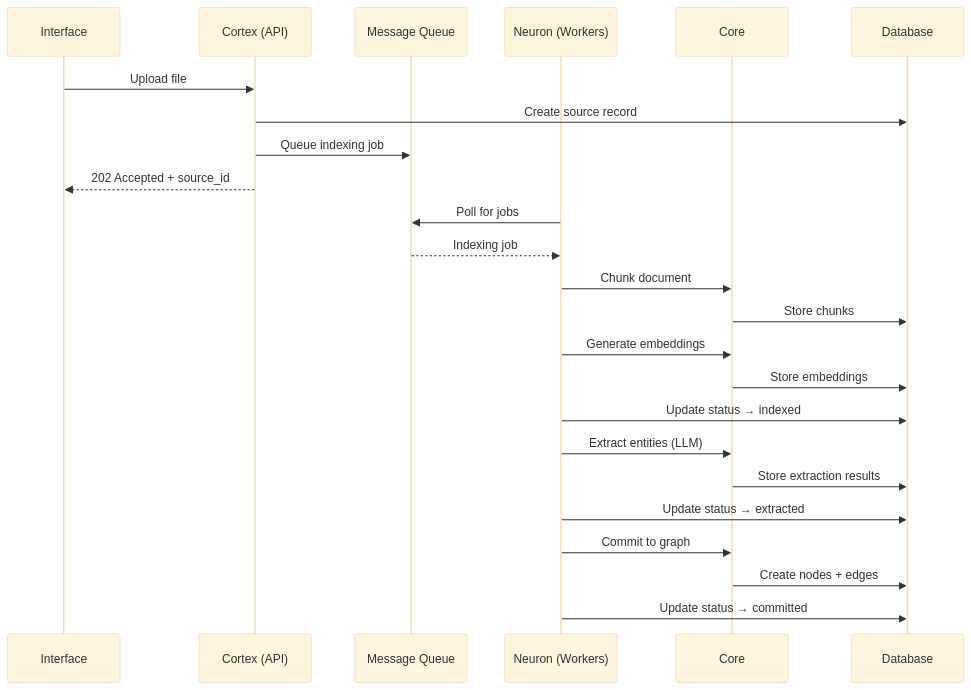
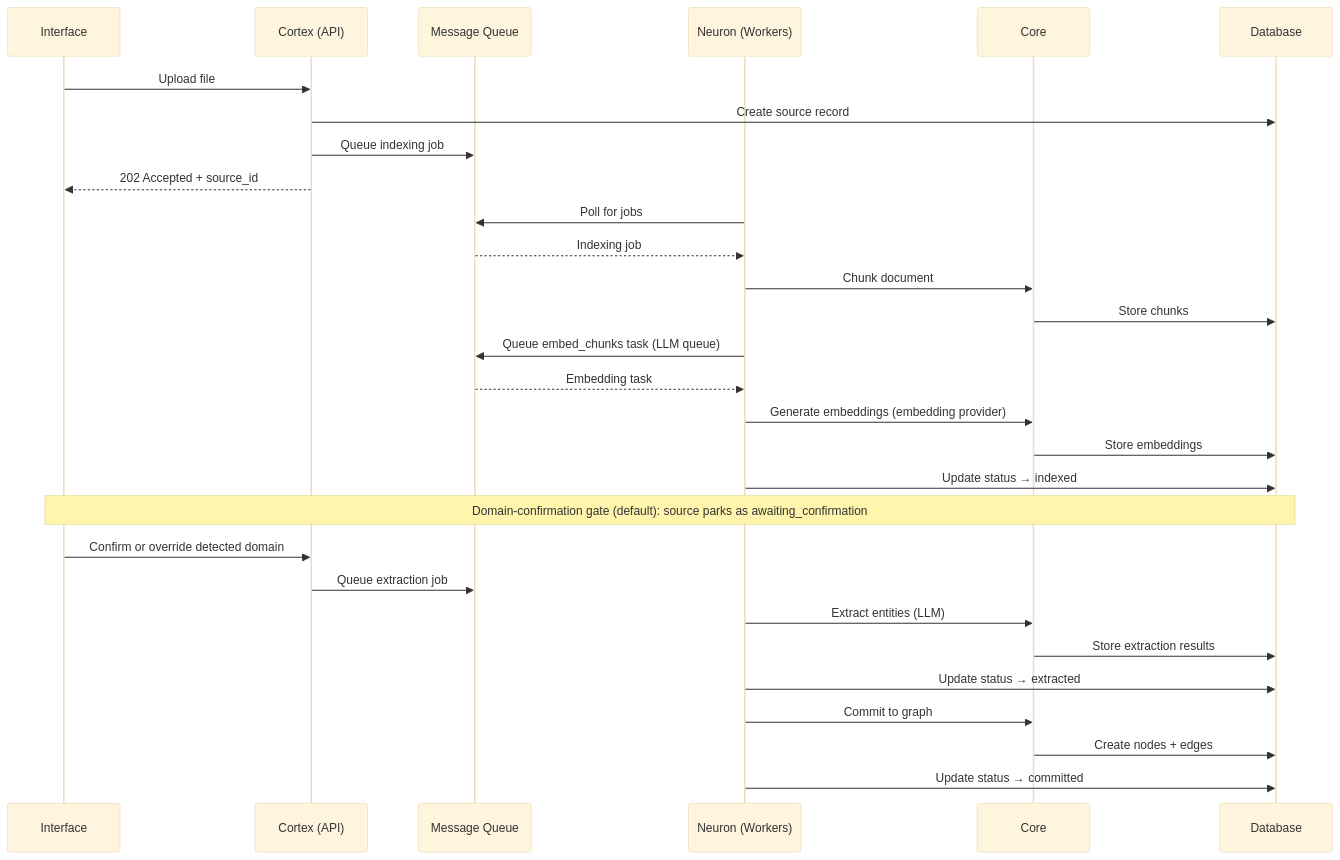
The second of 5 diagrams in packages/docs/docs/architecture/data-flow.md (chaoscypherinc/chaoscypher), drawn with Mermaid (base theme) before and after one commit. The commit also changed other lines of this file and 395 other files, not shown here.

````diff
--- a/packages/docs/docs/architecture/data-flow.md
+++ b/packages/docs/docs/architecture/data-flow.md
@@ -43,30 +43,36 @@
 ```mermaid
 sequenceDiagram
     participant UI as Interface
     participant API as Cortex (API)
     participant Q as Message Queue
     participant W as Neuron (Workers)
     participant CORE as Core
     participant DB as Database
 
     UI->>API: Upload file
     API->>DB: Create source record
     API->>Q: Queue indexing job
     API-->>UI: 202 Accepted + source_id
 
     W->>Q: Poll for jobs
     Q-->>W: Indexing job
     W->>CORE: Chunk document
     CORE->>DB: Store chunks
-    W->>CORE: Generate embeddings
+    W->>Q: Queue embed_chunks task (LLM queue)
+    Q-->>W: Embedding task
+    W->>CORE: Generate embeddings (embedding provider)
     CORE->>DB: Store embeddings
     W->>DB: Update status → indexed
+
+    Note over UI,DB: Domain-confirmation gate (default): source parks as awaiting_confirmation
+    UI->>API: Confirm or override detected domain
+    API->>Q: Queue extraction job
 
     W->>CORE: Extract entities (LLM)
     CORE->>DB: Store extraction results
     W->>DB: Update status → extracted
 
     W->>CORE: Commit to graph
     CORE->>DB: Create nodes + edges
     W->>DB: Update status → committed
 ```
````
